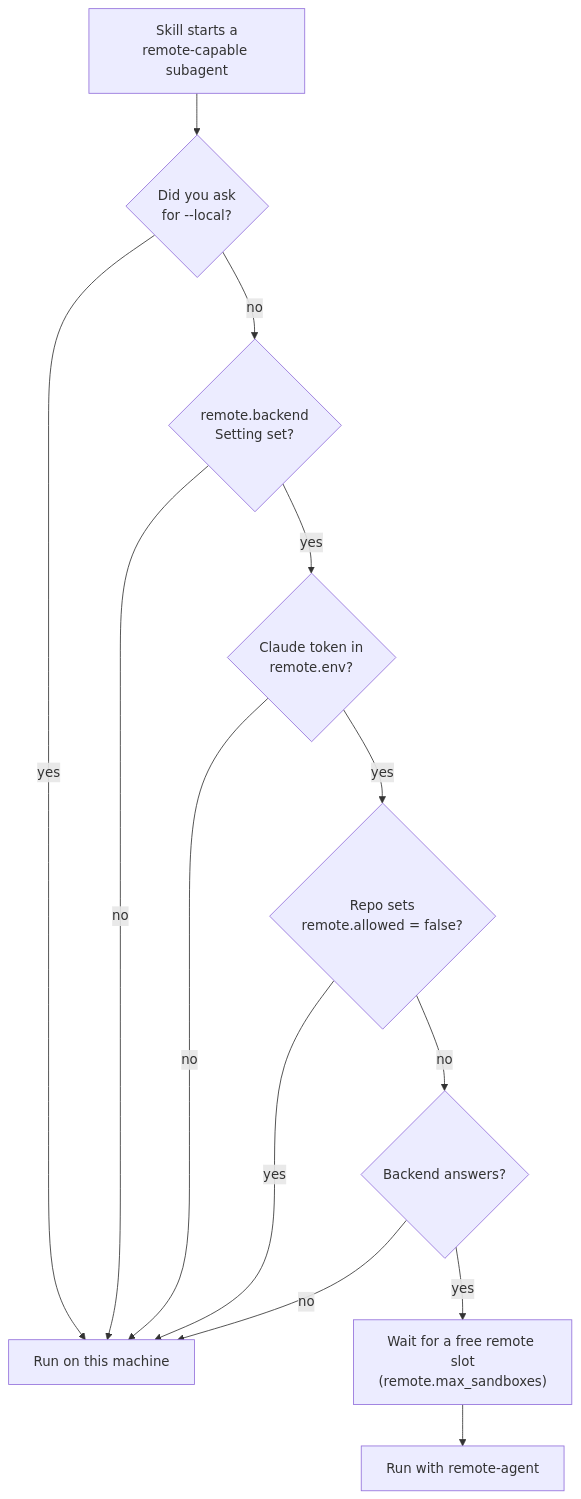
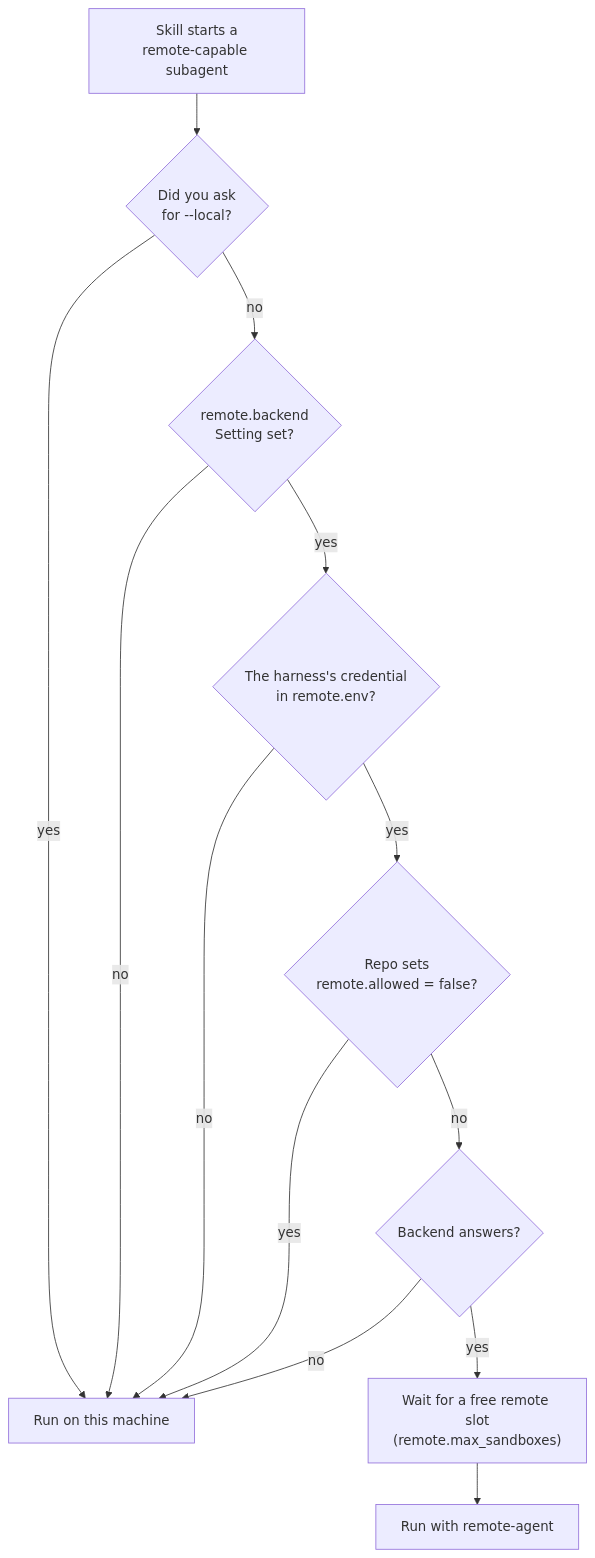
One commit to rpvsilva/dotagents changed the second of 4 diagrams in docs/remote.md. Above: the diagram before and after it, drawn with Mermaid. The commit also changed other lines of this file and 18 other files, not shown here.

First line of the commit message:
feat(remote): run remote subagents on Claude Code or Codex, through a gateway (#597)

````diff
--- a/docs/remote.md
+++ b/docs/remote.md
@@ -122,15 +145,15 @@
 ```mermaid
 flowchart TD
   start["Skill starts a<br/>remote-capable subagent"] --> local{"Did you ask<br/>for --local?"}
   local -- yes --> here["Run on this machine"]
   local -- no --> backend{"remote.backend<br/>Setting set?"}
   backend -- no --> here
-  backend -- yes --> token{"Claude token in<br/>remote.env?"}
+  backend -- yes --> token{"The harness's credential<br/>in remote.env?"}
   token -- no --> here
   token -- yes --> allowed{"Repo sets<br/>remote.allowed = false?"}
   allowed -- yes --> here
   allowed -- no --> ping{"Backend answers?"}
   ping -- no --> here
   ping -- yes --> slot["Wait for a free remote slot<br/>(remote.max_sandboxes)"]
   slot --> remote["Run with remote-agent"]
 ```
````
